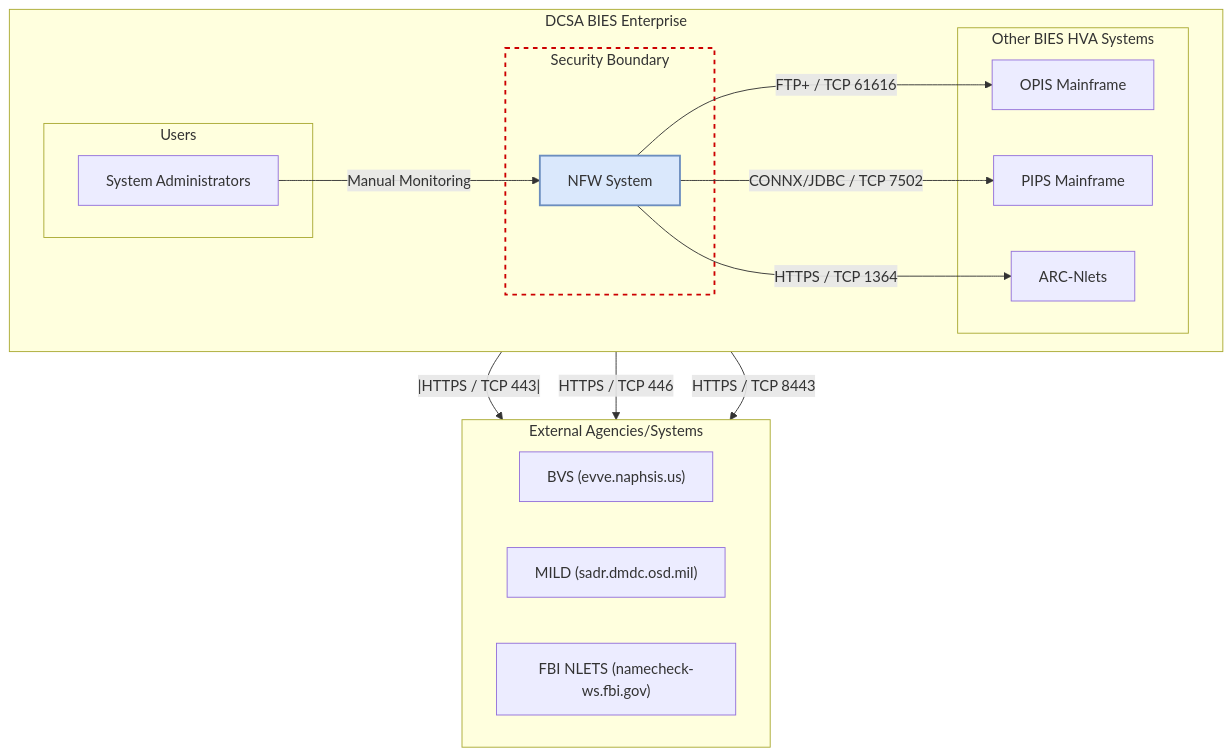
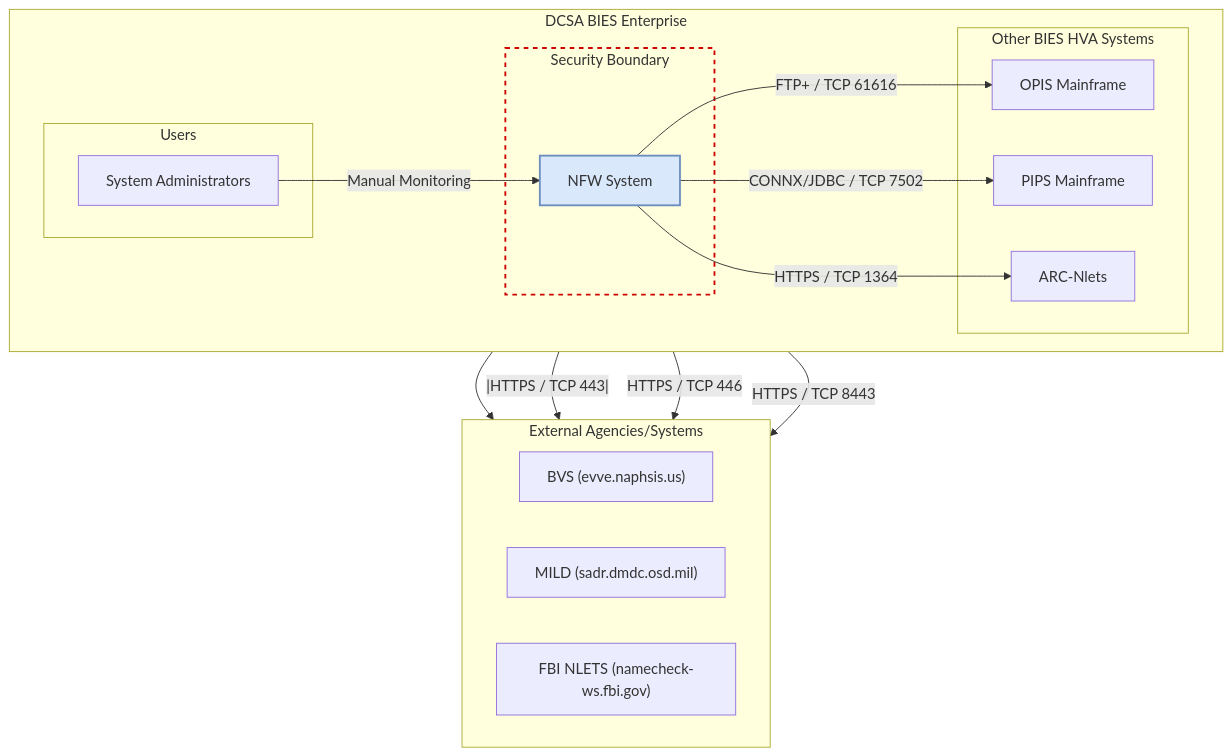
One commit to denwilliams7/bies_architecture1 changed the diagram in NFW_context_diagram_V4.mmd. Above: the diagram before and after it, drawn with Mermaid.

```diff
--- a/NFW_context_diagram_V4.mmd
+++ b/NFW_context_diagram_V4.mmd
@@ -1,43 +1,45 @@
 graph TD
     subgraph DCSA_BIES_Enterprise [DCSA BIES Enterprise]
         direction LR
         
         subgraph Other_BIES_Systems [Other BIES HVA Systems]
             PIPS[PIPS Mainframe]
             OPIS[OPIS Mainframe]
             ARC_Nlets[ARC-Nlets]
         end
         
         subgraph Security_Boundary [Security Boundary]
             NFW[NFW System]
         end
 
         subgraph Users
              Admin[System Administrators]
         end
     end
+
+    NFW --> BVS
 
     subgraph External_Systems [External Agencies/Systems]
         direction LR
         BVS["BVS (evve.naphsis.us)"]
         MILD["MILD (sadr.dmdc.osd.mil)"]
         FBI_NLETS["FBI NLETS (namecheck-ws.fbi.gov)"]
     end
 
     %% Connections
     Admin -- "Manual Monitoring" --> NFW
     
     %% Internal Connections based on Table 8
     NFW -- "FTP+ / TCP 61616" --> OPIS
     NFW -- "CONNX/JDBC / TCP 7502" --> PIPS
     NFW -- "HTTPS / TCP 1364" --> ARC_Nlets
     
     %% External Connections based on Table 8
     NFW -- |HTTPS / TCP 443| --> BVS
     NFW -- "HTTPS / TCP 446" --> MILD
     NFW -- "HTTPS / TCP 8443" --> FBI_NLETS
 
     %% Styling
     style NFW fill:#dae8fc,stroke:#6c8ebf,stroke-width:2px
     classDef securityBoundary fill:none,stroke:#c00,stroke-width:2px,stroke-dasharray:5
     class Security_Boundary securityBoundary
```
